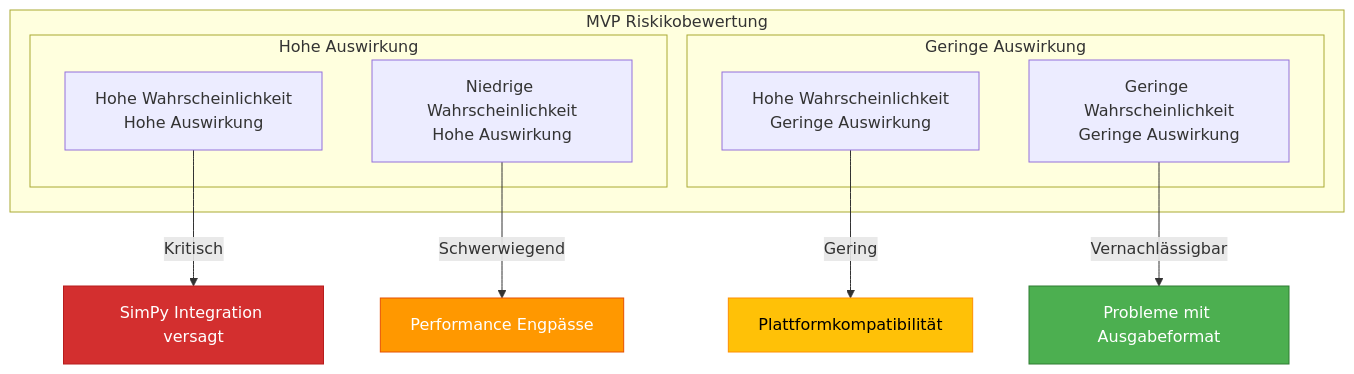
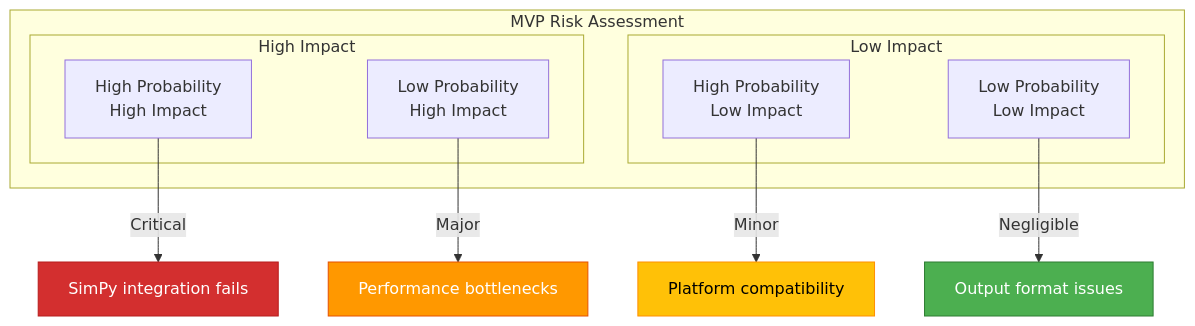
The first of 4 diagrams in docs/mvp/architecture/11-risks-technical-debt.md (OpenRailAssociation/dac-migration-dss-popupsim), drawn with Mermaid before and after one commit. The commit also changed other lines of this file and 19 other files, not shown here.

First line of the commit message:
docs(pages): 📝 update MVP architecture

````diff
--- a/docs/mvp/architecture/11-risks-technical-debt.md
+++ b/docs/mvp/architecture/11-risks-technical-debt.md
@@ -7,29 +7,29 @@
 ```mermaid
 graph TB
-    subgraph "MVP Riskikobewertung"
-        subgraph "Hohe Auswirkung"
-            HH[Hohe Wahrscheinlichkeit<br/>Hohe Auswirkung]
-            LH[Niedrige Wahrscheinlichkeit<br/>Hohe Auswirkung]
+    subgraph "MVP Risk Assessment"
+        subgraph "High Impact"
+            HH[High Probability<br/>High Impact]
+            LH[Low Probability<br/>High Impact]
         end
 
-        subgraph "Geringe Auswirkung"
-            HL[Hohe Wahrscheinlichkeit<br/>Geringe Auswirkung]
-            LL[Geringe Wahrscheinlichkeit<br/>Geringe Auswirkung]
+        subgraph "Low Impact"
+            HL[High Probability<br/>Low Impact]
+            LL[Low Probability<br/>Low Impact]
         end
     end
 
-    HH --> |Kritisch| R1[SimPy Integration versagt]
-    LH --> |Schwerwiegend| R2[Performance Engpässe]
-    HL --> |Gering| R3[Plattformkompatibilität]
-    LL --> |Vernachlässigbar| R4[Probleme mit Ausgabeformat]
+    HH --> |Critical| R1[SimPy integration fails]
+    LH --> |Major| R2[Performance bottlenecks]
+    HL --> |Minor| R3[Platform compatibility]
+    LL --> |Negligible| R4[Output format issues]
 
     classDef critical fill:#d32f2f,stroke:#b71c1c,color:#fff
     classDef major fill:#ff9800,stroke:#e65100,color:#fff
     classDef minor fill:#ffc107,stroke:#ff8f00,color:#000
     classDef negligible fill:#4caf50,stroke:#2e7d32,color:#fff
 
     class R1 critical
     class R2 major
     class R3 minor
     class R4 negligible
 ```
````
